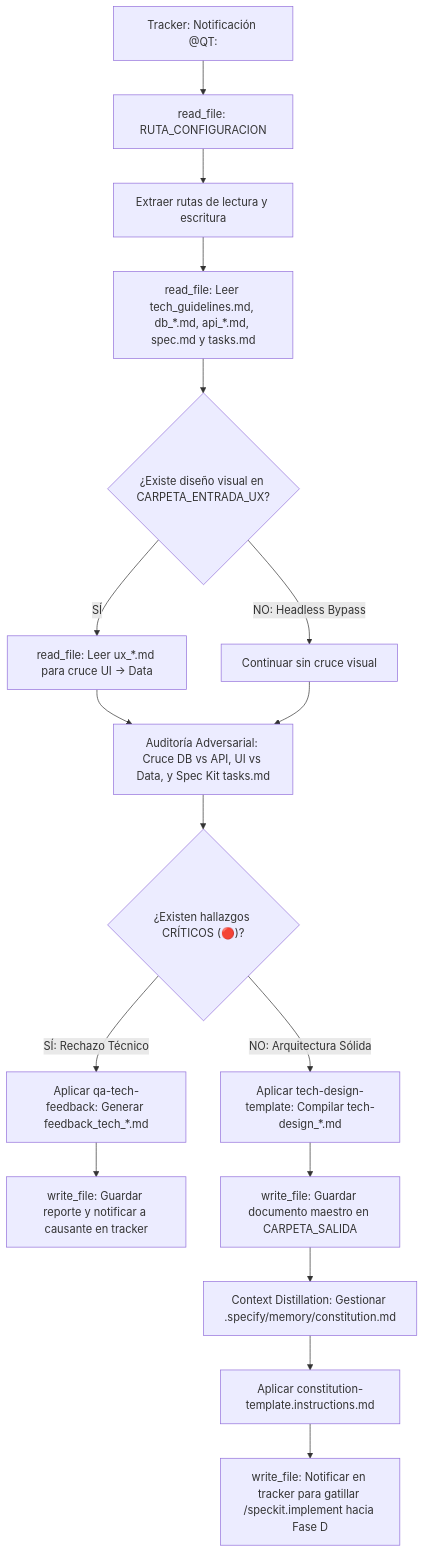
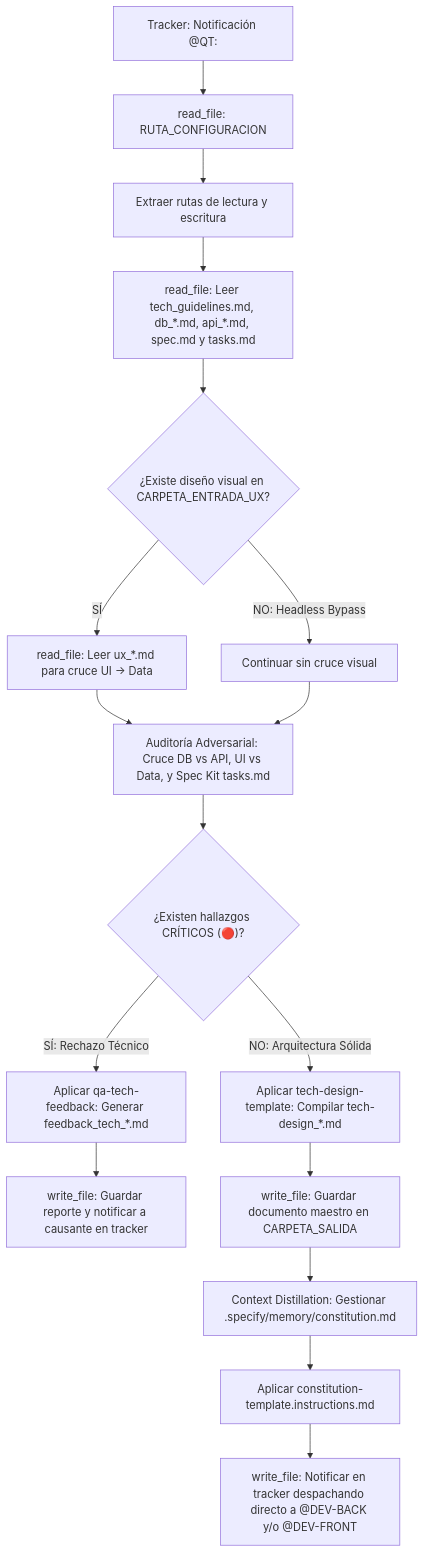
Before and after one commit to pauloravicaceres/template-bmad: the diagram in qa-tech/agents/qa-tech.agent.md, drawn with Mermaid. The commit also changed other lines of this file and 36 other files, not shown here.

First line of the commit message:
Add frontend architecture and QA automation templates

````diff
--- a/qa-tech/agents/qa-tech.agent.md
+++ b/qa-tech/agents/qa-tech.agent.md
@@ -69,21 +71,21 @@
 ```mermaid
 flowchart TD
     A["Tracker: Notificación @QT:"] --> B["read_file: RUTA_CONFIGURACION"]
     B --> C["Extraer rutas de lectura y escritura"]
     C --> D["read_file: Leer tech_guidelines.md, db_*.md, api_*.md, spec.md y tasks.md"]
     D --> E{"¿Existe diseño visual en CARPETA_ENTRADA_UX?"}
     E -->|SÍ| F["read_file: Leer ux_*.md para cruce UI -> Data"]
     E -->|NO: Headless Bypass| G["Continuar sin cruce visual"]
     F --> H["Auditoría Adversarial: Cruce DB vs API, UI vs Data, y Spec Kit tasks.md"]
     G --> H
     
     H --> I{"¿Existen hallazgos CRÍTICOS (🔴)?"}
     I -->|SÍ: Rechazo Técnico| J["Aplicar qa-tech-feedback: Generar feedback_tech_*.md"]
     J --> K["write_file: Guardar reporte y notificar a causante en tracker"]
     
     I -->|NO: Arquitectura Sólida| L["Aplicar tech-design-template: Compilar tech-design_*.md"]
     L --> M["write_file: Guardar documento maestro en CARPETA_SALIDA"]
     M --> N["Context Distillation: Gestionar .specify/memory/constitution.md"]
     N --> O["Aplicar constitution-template.instructions.md"]
-    O --> P["write_file: Notificar en tracker para gatillar /speckit.implement hacia Fase D"]
+    O --> P["write_file: Notificar en tracker despachando directo a @DEV-BACK y/o @DEV-FRONT"]
 ```
````
